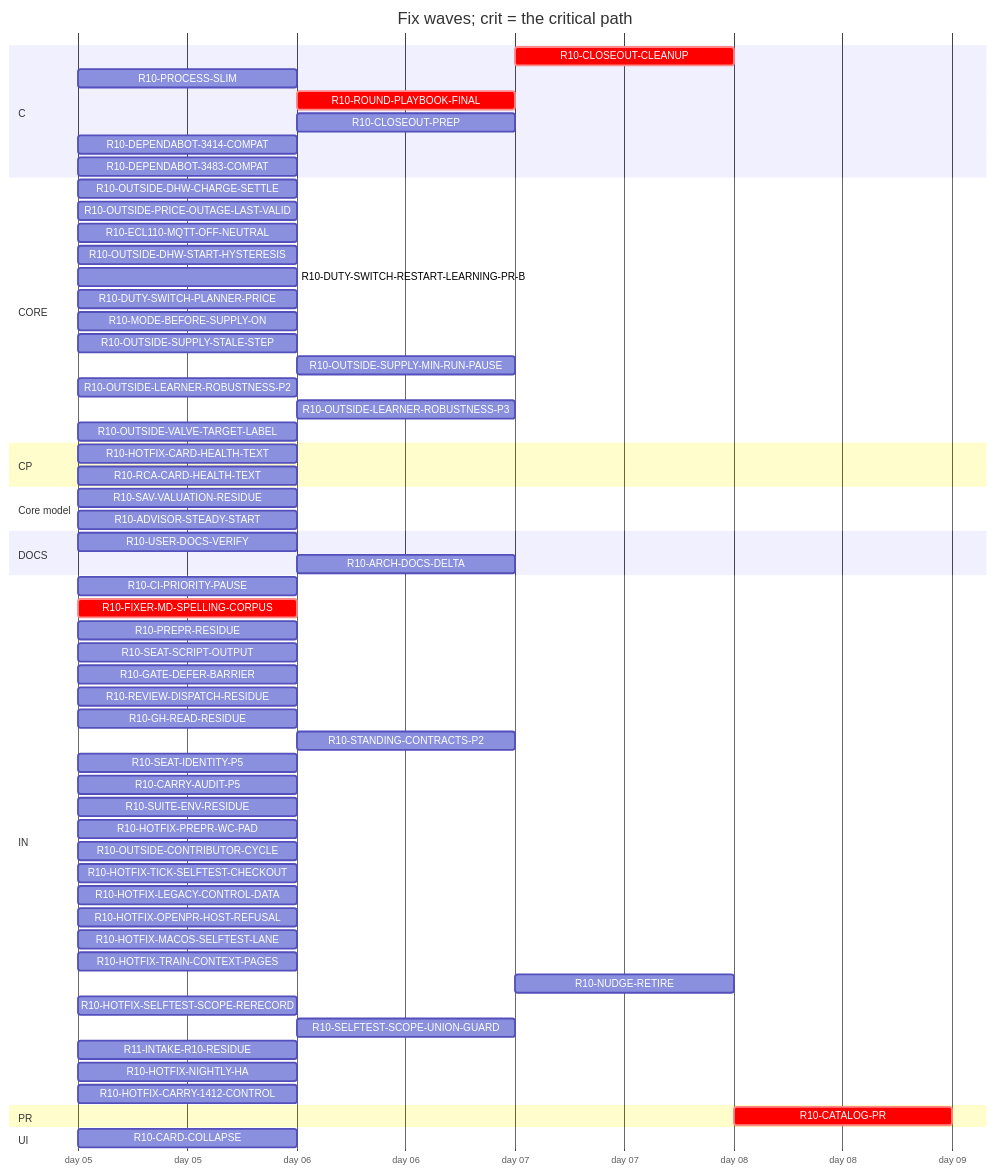
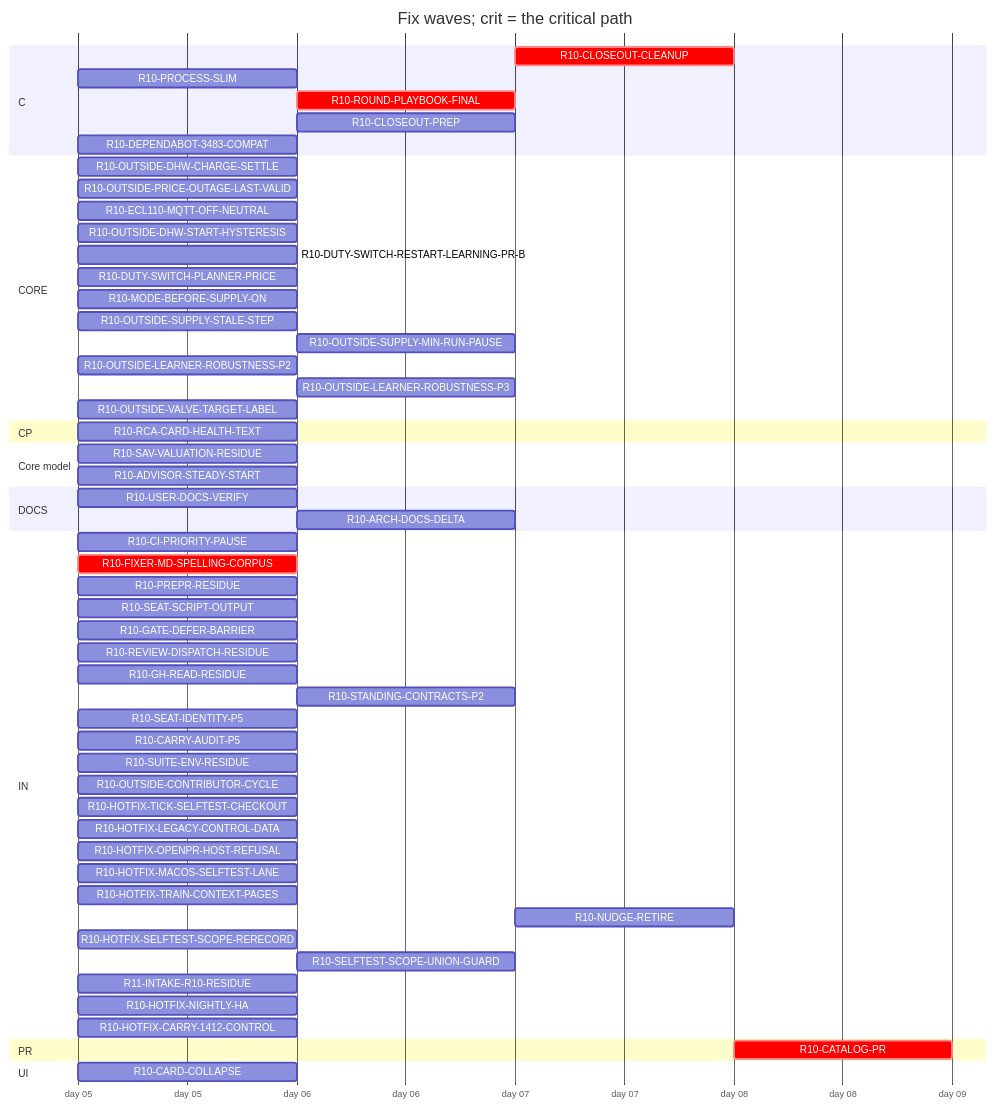
The diagram in handoff/round10/state/PLAN-TABLE.md (tvofi/heatpump_optimizer), drawn with Mermaid before and after one commit. The commit also changed other lines of this file and 4 other files, not shown here.

Commit message:
state: FLOW-BOARD.md, NEXT-SESSION-PROMPT.md, PLAN-TABLE.md, PLAN.html, RESUME-CURRENT.md regenerated (state_docs.py)

````diff
--- a/handoff/round10/state/PLAN-TABLE.md
+++ b/handoff/round10/state/PLAN-TABLE.md
@@ -21,64 +21,61 @@
 ```mermaid
 gantt
   title Fix waves; crit = the critical path
   dateFormat YYYY-MM-DD
   axisFormat day %d
   section C
     R10-CLOSEOUT-CLEANUP :crit, r10CLOSEOUTCLEANUP, after r10USERDOCSVERIFY r10ROUNDPLAYBOOKFINAL r10CLOSEOUTPREP r10ARCHDOCSDELTA, 1d
     R10-PROCESS-SLIM :r10PROCESSSLIM, 2026-01-05, 1d
     R10-ROUND-PLAYBOOK-FINAL :crit, r10ROUNDPLAYBOOKFINAL, after r10FIXERMDSPELLINGCORPUS, 1d
     R10-CLOSEOUT-PREP :r10CLOSEOUTPREP, after r10FIXERMDSPELLINGCORPUS, 1d
-    R10-DEPENDABOT-3414-COMPAT :r10DEPENDABOT3414COMPAT, 2026-01-05, 1d
     R10-DEPENDABOT-3483-COMPAT :r10DEPENDABOT3483COMPAT, 2026-01-05, 1d
   section CORE
     R10-OUTSIDE-DHW-CHARGE-SETTLE :r10OUTSIDEDHWCHARGESETTLE, 2026-01-05, 1d
     R10-OUTSIDE-PRICE-OUTAGE-LAST-VALID :r10OUTSIDEPRICEOUTAGELASTVALID, 2026-01-05, 1d
     R10-ECL110-MQTT-OFF-NEUTRAL :r10ECL110MQTTOFFNEUTRAL, 2026-01-05, 1d
     R10-OUTSIDE-DHW-START-HYSTERESIS :r10OUTSIDEDHWSTARTHYSTERESIS, 2026-01-05, 1d
     R10-DUTY-SWITCH-RESTART-LEARNING-PR-B :r10DUTYSWITCHRESTARTLEARNINGPRB, 2026-01-05, 1d
     R10-DUTY-SWITCH-PLANNER-PRICE :r10DUTYSWITCHPLANNERPRICE, 2026-01-05, 1d
     R10-MODE-BEFORE-SUPPLY-ON :r10MODEBEFORESUPPLYON, 2026-01-05, 1d
     R10-OUTSIDE-SUPPLY-STALE-STEP :r10OUTSIDESUPPLYSTALESTEP, 2026-01-05, 1d
     R10-OUTSIDE-SUPPLY-MIN-RUN-PAUSE :r10OUTSIDESUPPLYMINRUNPAUSE, after r10OUTSIDESUPPLYSTALESTEP, 1d
     R10-OUTSIDE-LEARNER-ROBUSTNESS-P2 :r10OUTSIDELEARNERROBUSTNESSP2, 2026-01-05, 1d
     R10-OUTSIDE-LEARNER-ROBUSTNESS-P3 :r10OUTSIDELEARNERROBUSTNESSP3, after r10OUTSIDELEARNERROBUSTNESSP2, 1d
     R10-OUTSIDE-VALVE-TARGET-LABEL :r10OUTSIDEVALVETARGETLABEL, 2026-01-05, 1d
   section CP
-    R10-HOTFIX-CARD-HEALTH-TEXT :r10HOTFIXCARDHEALTHTEXT, 2026-01-05, 1d
     R10-RCA-CARD-HEALTH-TEXT :r10RCACARDHEALTHTEXT, 2026-01-05, 1d
   section Core model
     R10-SAV-VALUATION-RESIDUE :r10SAVVALUATIONRESIDUE, 2026-01-05, 1d
     R10-ADVISOR-STEADY-START :r10ADVISORSTEADYSTART, 2026-01-05, 1d
   section DOCS
     R10-USER-DOCS-VERIFY :r10USERDOCSVERIFY, 2026-01-05, 1d
     R10-ARCH-DOCS-DELTA :r10ARCHDOCSDELTA, after r10SAVVALUATIONRESIDUE r10ADVISORSTEADYSTART r10PROCESSSLIM, 1d
   section IN
     R10-CI-PRIORITY-PAUSE :r10CIPRIORITYPAUSE, 2026-01-05, 1d
     R10-FIXER-MD-SPELLING-CORPUS :crit, r10FIXERMDSPELLINGCORPUS, 2026-01-05, 1d
     R10-PREPR-RESIDUE :r10PREPRRESIDUE, 2026-01-05, 1d
     R10-SEAT-SCRIPT-OUTPUT :r10SEATSCRIPTOUTPUT, 2026-01-05, 1d
     R10-GATE-DEFER-BARRIER :r10GATEDEFERBARRIER, 2026-01-05, 1d
     R10-REVIEW-DISPATCH-RESIDUE :r10REVIEWDISPATCHRESIDUE, 2026-01-05, 1d
     R10-GH-READ-RESIDUE :r10GHREADRESIDUE, 2026-01-05, 1d
     R10-STANDING-CONTRACTS-P2 :r10STANDINGCONTRACTSP2, after r10FIXERMDSPELLINGCORPUS, 1d
     R10-SEAT-IDENTITY-P5 :r10SEATIDENTITYP5, 2026-01-05, 1d
     R10-CARRY-AUDIT-P5 :r10CARRYAUDITP5, 2026-01-05, 1d
     R10-SUITE-ENV-RESIDUE :r10SUITEENVRESIDUE, 2026-01-05, 1d
-    R10-HOTFIX-PREPR-WC-PAD :r10HOTFIXPREPRWCPAD, 2026-01-05, 1d
     R10-OUTSIDE-CONTRIBUTOR-CYCLE :r10OUTSIDECONTRIBUTORCYCLE, 2026-01-05, 1d
     R10-HOTFIX-TICK-SELFTEST-CHECKOUT :r10HOTFIXTICKSELFTESTCHECKOUT, 2026-01-05, 1d
     R10-HOTFIX-LEGACY-CONTROL-DATA :r10HOTFIXLEGACYCONTROLDATA, 2026-01-05, 1d
     R10-HOTFIX-OPENPR-HOST-REFUSAL :r10HOTFIXOPENPRHOSTREFUSAL, 2026-01-05, 1d
     R10-HOTFIX-MACOS-SELFTEST-LANE :r10HOTFIXMACOSSELFTESTLANE, 2026-01-05, 1d
     R10-HOTFIX-TRAIN-CONTEXT-PAGES :r10HOTFIXTRAINCONTEXTPAGES, 2026-01-05, 1d
     R10-NUDGE-RETIRE :r10NUDGERETIRE, after r10ROUNDPLAYBOOKFINAL, 1d
     R10-HOTFIX-SELFTEST-SCOPE-RERECORD :r10HOTFIXSELFTESTSCOPERERECORD, 2026-01-05, 1d
     R10-SELFTEST-SCOPE-UNION-GUARD :r10SELFTESTSCOPEUNIONGUARD, after r10HOTFIXSELFTESTSCOPERERECORD, 1d
     R11-INTAKE-R10-RESIDUE :r11INTAKER10RESIDUE, 2026-01-05, 1d
     R10-HOTFIX-NIGHTLY-HA :r10HOTFIXNIGHTLYHA, 2026-01-05, 1d
     R10-HOTFIX-CARRY-1412-CONTROL :r10HOTFIXCARRY1412CONTROL, 2026-01-05, 1d
   section PR
     R10-CATALOG-PR :crit, r10CATALOGPR, after r10USERDOCSVERIFY r10ROUNDPLAYBOOKFINAL r10CLOSEOUTCLEANUP r10CLOSEOUTPREP r10ARCHDOCSDELTA, 1d
   section UI
     R10-CARD-COLLAPSE :r10CARDCOLLAPSE, 2026-01-05, 1d
 ```
````
